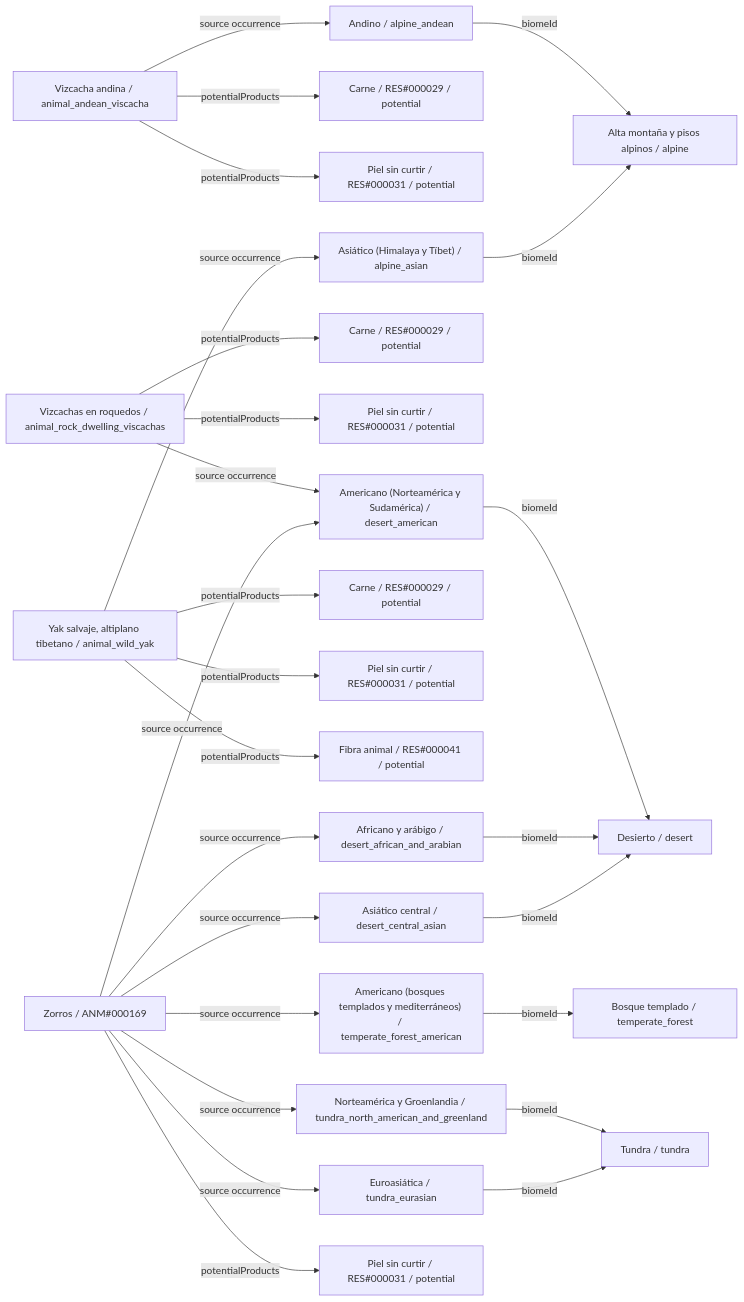
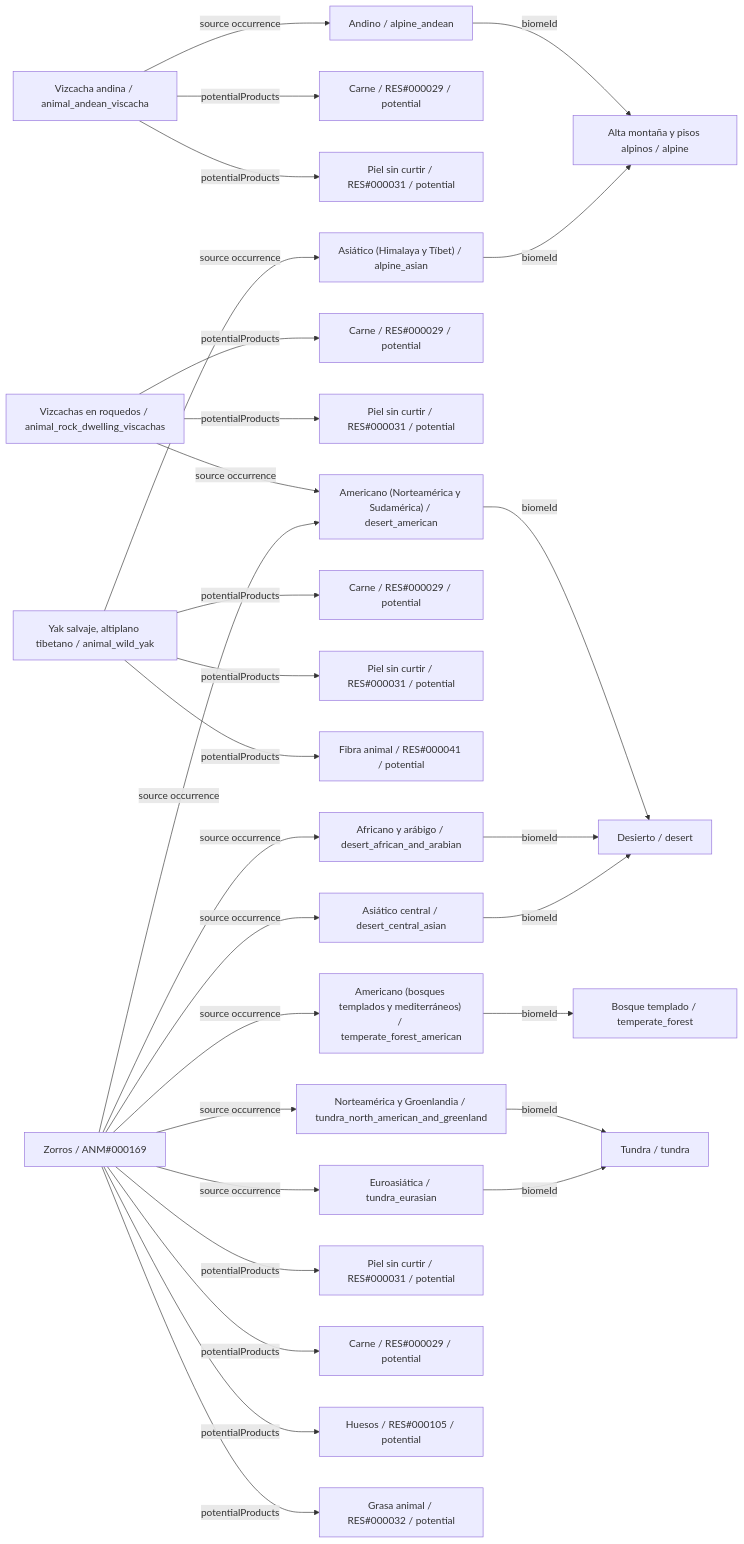
Before and after one commit to fgabo404/EvolveDoc: diagram 24 of 26 in data/animals/DIAGRAMS.es.md, drawn with Mermaid. The commit also changed 29 other files, not shown here.

````diff
--- a/data/animals/DIAGRAMS.es.md
+++ b/data/animals/DIAGRAMS.es.md
@@ -1157,52 +1157,58 @@
 ```mermaid
 flowchart LR
     c0["Vizcacha andina / animal_andean_viscacha"]
     v23["Andino / alpine_andean"]
     b6["Alta montaña y pisos alpinos / alpine"]
     o0_0["Carne / RES#000029 / potential"]
     o0_1["Piel sin curtir / RES#000031 / potential"]
     c1["Vizcachas en roquedos / animal_rock_dwelling_viscachas"]
     v15["Americano (Norteamérica y Sudamérica) / desert_american"]
     b4["Desierto / desert"]
     o1_0["Carne / RES#000029 / potential"]
     o1_1["Piel sin curtir / RES#000031 / potential"]
     c2["Yak salvaje, altiplano tibetano / animal_wild_yak"]
     v24["Asiático (Himalaya y Tíbet) / alpine_asian"]
     o2_0["Carne / RES#000029 / potential"]
     o2_1["Piel sin curtir / RES#000031 / potential"]
     o2_2["Fibra animal / RES#000041 / potential"]
     c3["Zorros / ANM#000169"]
     v5["Americano (bosques templados y mediterráneos) / temperate_forest_american"]
     b1["Bosque templado / temperate_forest"]
     v8["Norteamérica y Groenlandia / tundra_north_american_and_greenland"]
     b2["Tundra / tundra"]
     v9["Euroasiática / tundra_eurasian"]
     v16["Africano y arábigo / desert_african_and_arabian"]
     v17["Asiático central / desert_central_asian"]
     o3_0["Piel sin curtir / RES#000031 / potential"]
+    o3_1["Carne / RES#000029 / potential"]
+    o3_2["Huesos / RES#000105 / potential"]
+    o3_3["Grasa animal / RES#000032 / potential"]
     c0 -->|potentialProducts| o0_0
     c0 -->|potentialProducts| o0_1
     c0 -->|source occurrence| v23
     c1 -->|potentialProducts| o1_0
     c1 -->|potentialProducts| o1_1
     c1 -->|source occurrence| v15
     c2 -->|potentialProducts| o2_0
     c2 -->|potentialProducts| o2_1
     c2 -->|potentialProducts| o2_2
     c2 -->|source occurrence| v24
     c3 -->|potentialProducts| o3_0
+    c3 -->|potentialProducts| o3_1
+    c3 -->|potentialProducts| o3_2
+    c3 -->|potentialProducts| o3_3
     c3 -->|source occurrence| v15
     c3 -->|source occurrence| v16
     c3 -->|source occurrence| v17
     c3 -->|source occurrence| v5
     c3 -->|source occurrence| v8
     c3 -->|source occurrence| v9
     v15 -->|biomeId| b4
     v16 -->|biomeId| b4
     v17 -->|biomeId| b4
     v23 -->|biomeId| b6
     v24 -->|biomeId| b6
     v5 -->|biomeId| b1
     v8 -->|biomeId| b2
     v9 -->|biomeId| b2
 ```
````
